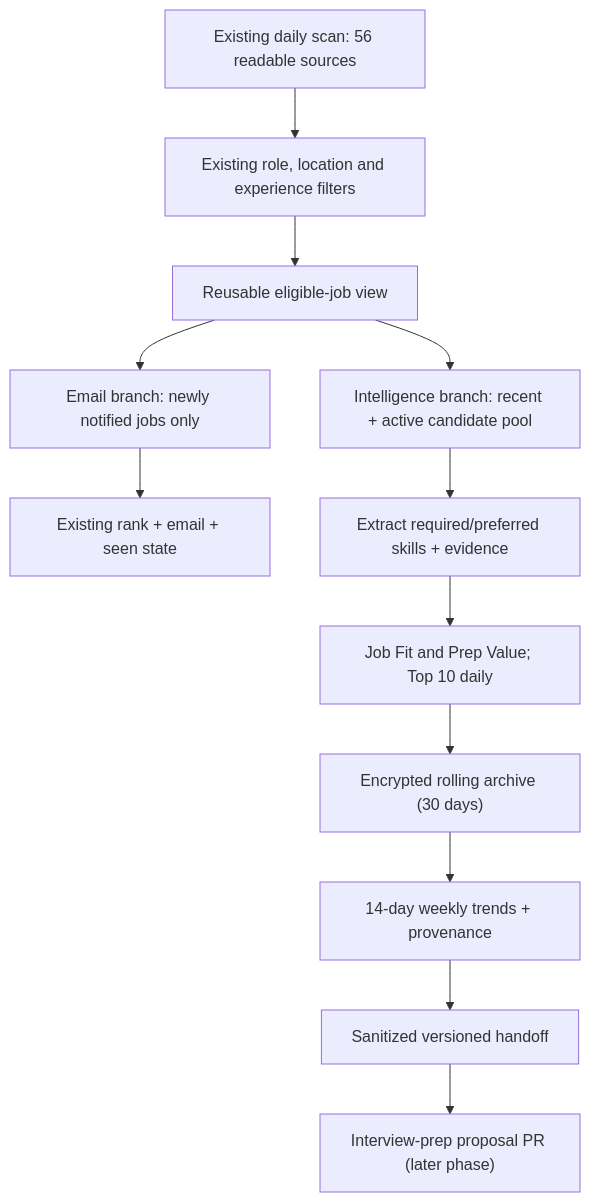
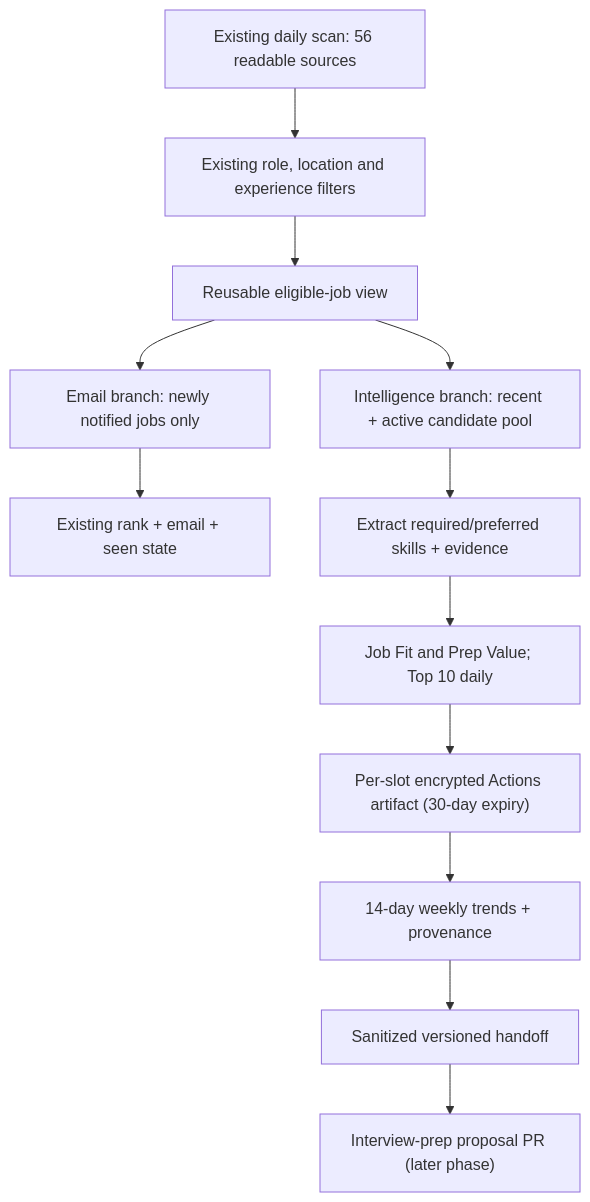
Before and after one commit to BlueSaNGG/job-search-agent: the diagram in docs/rfcs/0001-jd-intelligence.md, drawn with Mermaid. The commit also changed other lines of this file, not shown here.

Commit message:
docs(rfc): address Git-history retention review with expiring encrypted daily artifacts

````diff
--- a/docs/rfcs/0001-jd-intelligence.md
+++ b/docs/rfcs/0001-jd-intelligence.md
@@ -26,14 +26,14 @@
 ```mermaid
 flowchart TD
   A["Existing daily scan: 56 readable sources"] --> B["Existing role, location and experience filters"]
   B --> C["Reusable eligible-job view"]
   C --> D["Email branch: newly notified jobs only"]
   D --> E["Existing rank + email + seen state"]
   C --> F["Intelligence branch: recent + active candidate pool"]
   F --> G["Extract required/preferred skills + evidence"]
   G --> H["Job Fit and Prep Value; Top 10 daily"]
-  H --> I["Encrypted rolling archive (30 days)"]
+  H --> I["Per-slot encrypted Actions artifact (30-day expiry)"]
   I --> J["14-day weekly trends + provenance"]
   J --> K["Sanitized versioned handoff"]
   K --> L["Interview-prep proposal PR (later phase)"]
 ```
````
